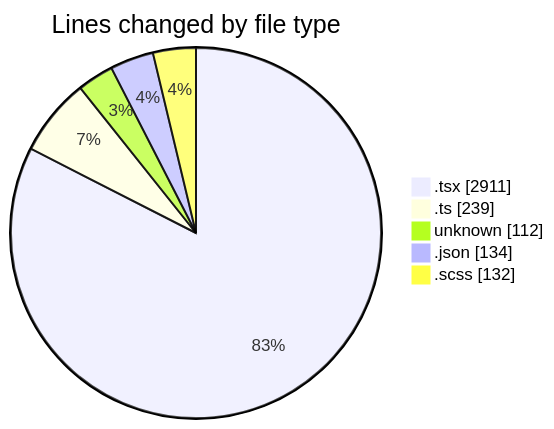
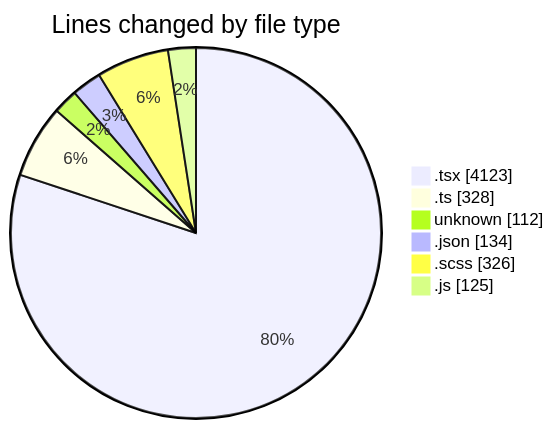
Before and after one commit to momahboobian/code-tracking: the first of 2 diagrams in 2026-04-28/cda/README.md, drawn with Mermaid. The commit also changed other lines of this file and 1 other file, not shown here.

````diff
--- a/2026-04-28/cda/README.md
+++ b/2026-04-28/cda/README.md
@@ -47,9 +63,10 @@
 ```mermaid
 pie showData
 title Lines changed by file type
-".tsx" : 2911
-".ts" : 239
+".tsx" : 4123
+".ts" : 328
 "unknown" : 112
 ".json" : 134
-".scss" : 132
+".scss" : 326
+".js" : 125
 ```
````
